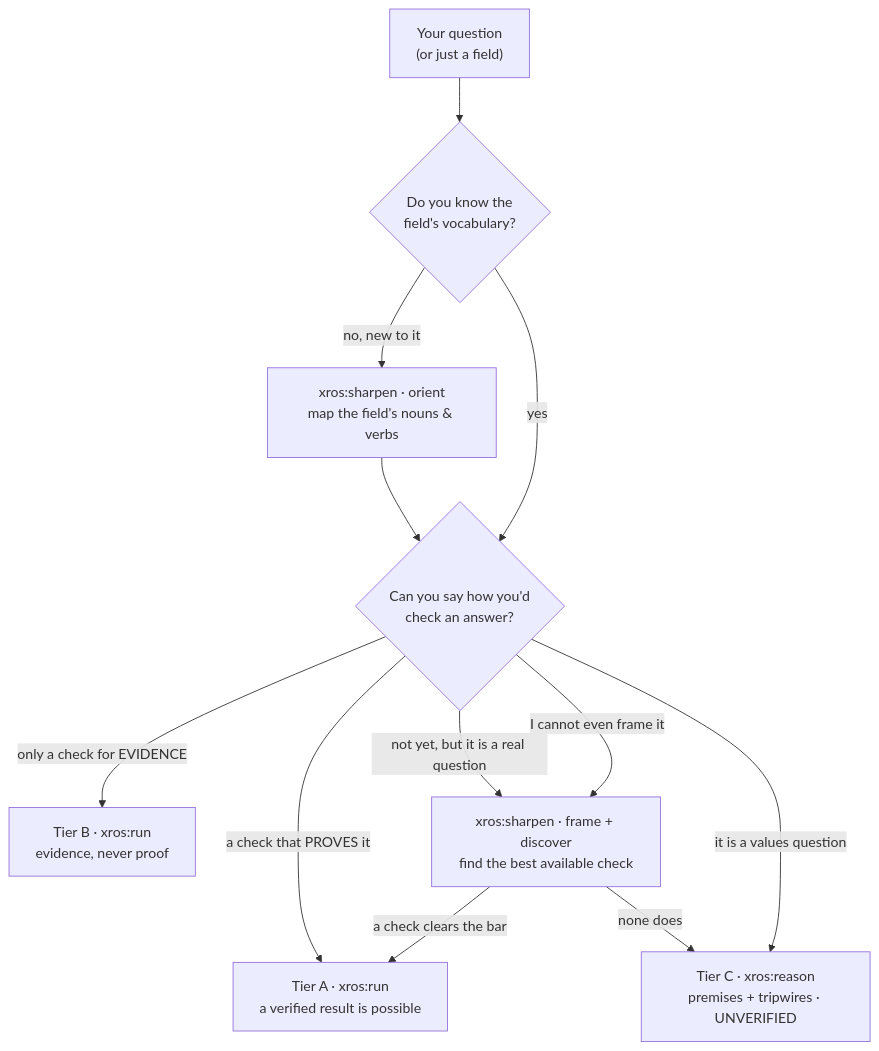
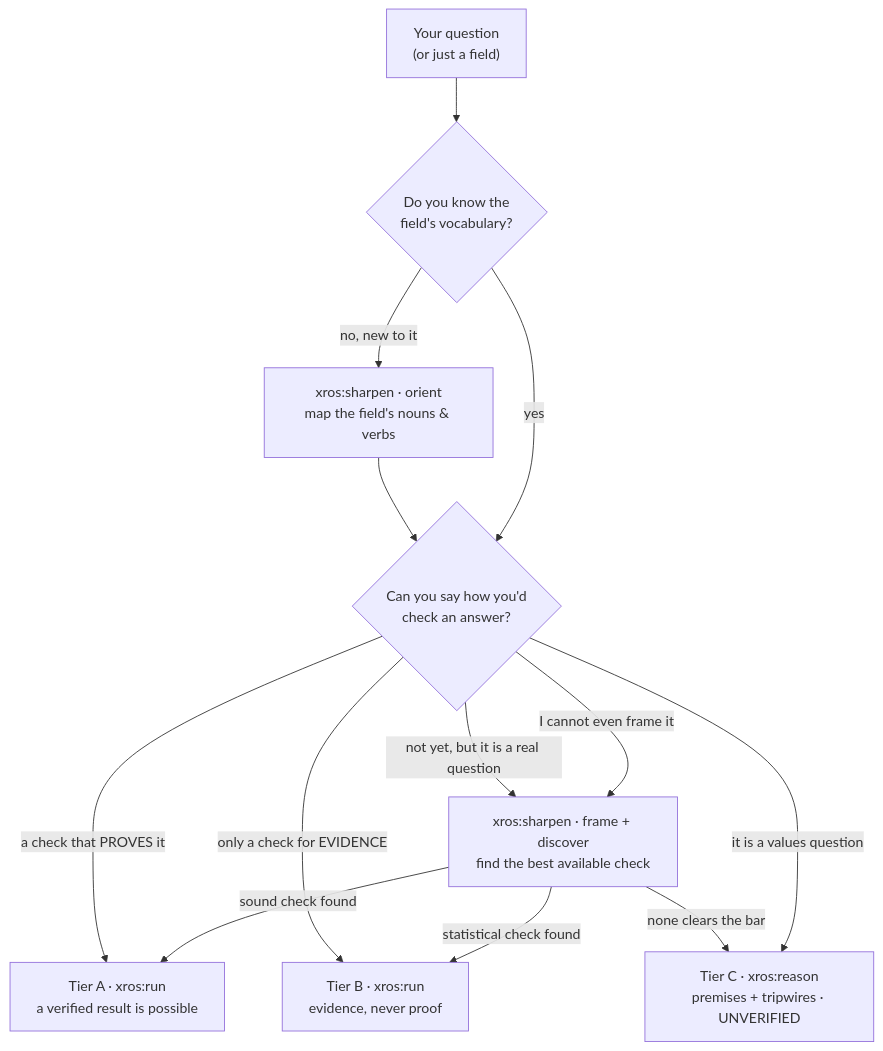
The diagram in README.md (xiaolai/xros), drawn with Mermaid before and after one commit. The commit also changed other lines of this file and 9 other files, not shown here.

````diff
--- a/README.md
+++ b/README.md
@@ -52,14 +77,15 @@
 ```mermaid
 flowchart TD
   Q["Your question<br/>(or just a field)"] --> V{"Do you know the<br/>field's vocabulary?"}
   V -->|"no, new to it"| O["xros:sharpen · orient<br/>map the field's nouns & verbs"]
   O --> K{"Can you say how you'd<br/>check an answer?"}
   V -->|"yes"| K
   K -->|"a check that PROVES it"| A["Tier A · xros:run<br/>a verified result is possible"]
   K -->|"only a check for EVIDENCE"| B["Tier B · xros:run<br/>evidence, never proof"]
   K -->|"not yet, but it is a real question"| S["xros:sharpen · frame + discover<br/>find the best available check"]
   K -->|"I cannot even frame it"| S
-  S -->|"a check clears the bar"| A
-  S -->|"none does"| C["Tier C · xros:reason<br/>premises + tripwires · UNVERIFIED"]
+  S -->|"sound check found"| A
+  S -->|"statistical check found"| B
+  S -->|"none clears the bar"| C["Tier C · xros:reason<br/>premises + tripwires · UNVERIFIED"]
   K -->|"it is a values question"| C
 ```
````
